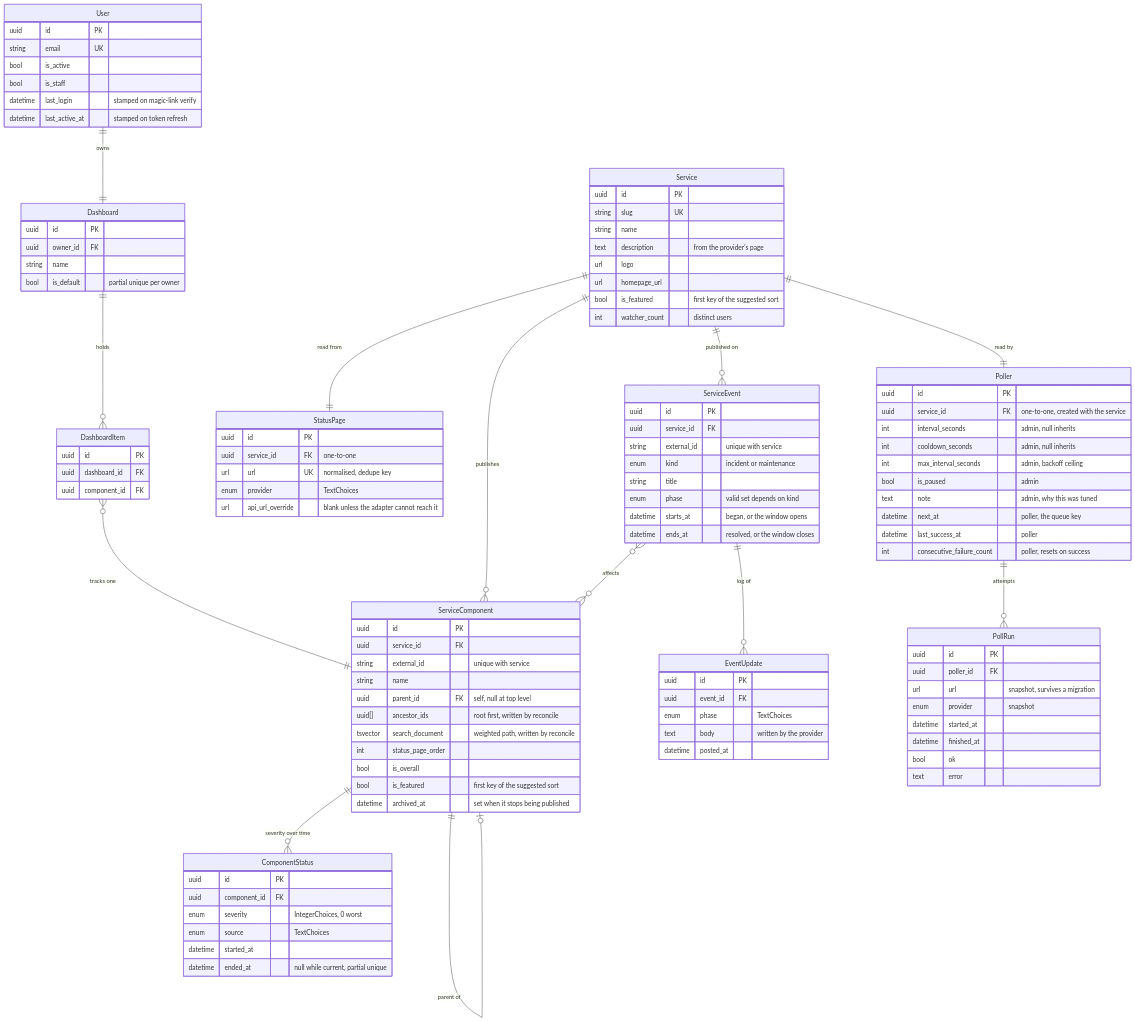
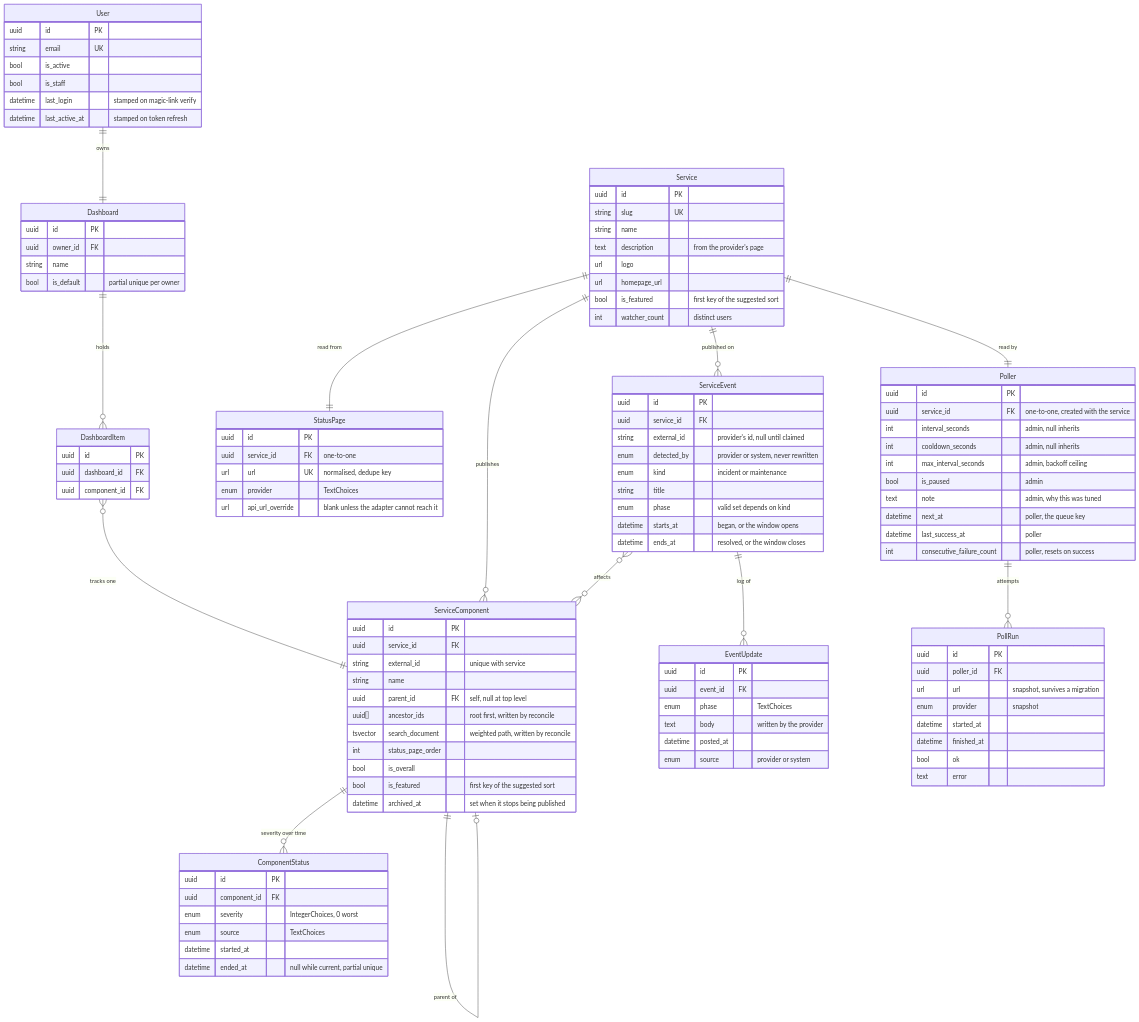
The second of 2 diagrams in docs/specs/2026-08-23-statusboard-design.md (thalida/statusboard), drawn with Mermaid before and after one commit. The commit also changed 9 other files, not shown here.

```diff
--- a/docs/specs/2026-08-23-statusboard-design.md
+++ b/docs/specs/2026-08-23-statusboard-design.md
@@ -175,7 +175,8 @@
     ServiceEvent {
         uuid id PK
         uuid service_id FK
-        string external_id "unique with service"
+        string external_id "provider's id, null until claimed"
+        enum detected_by "provider or system, never rewritten"
         enum kind "incident or maintenance"
         string title
         enum phase "valid set depends on kind"
@@ -188,6 +189,7 @@
         enum phase "TextChoices"
         text body "written by the provider"
         datetime posted_at
+        enum source "provider or system"
     }
     PollRun {
         uuid id PK
```
